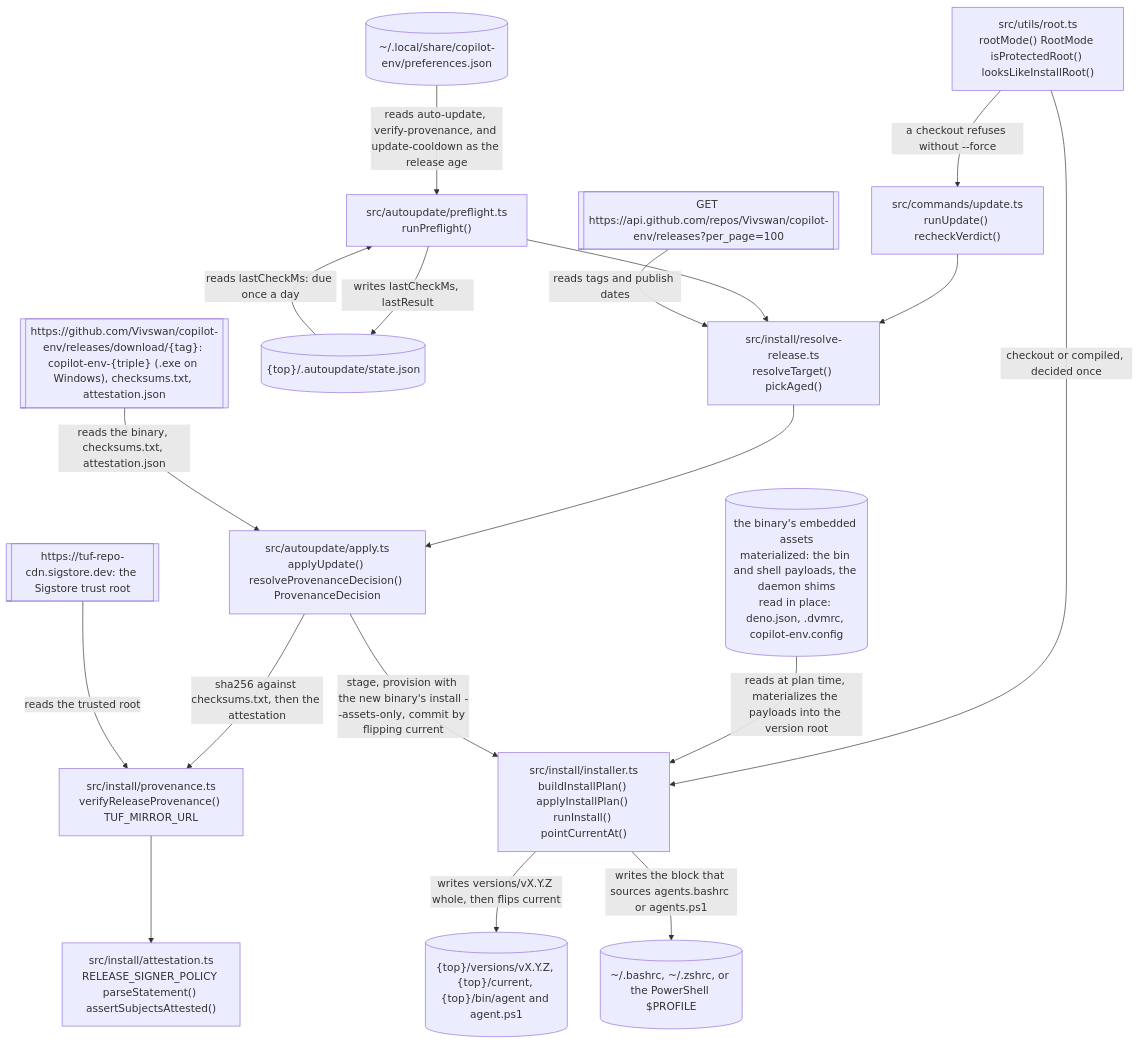
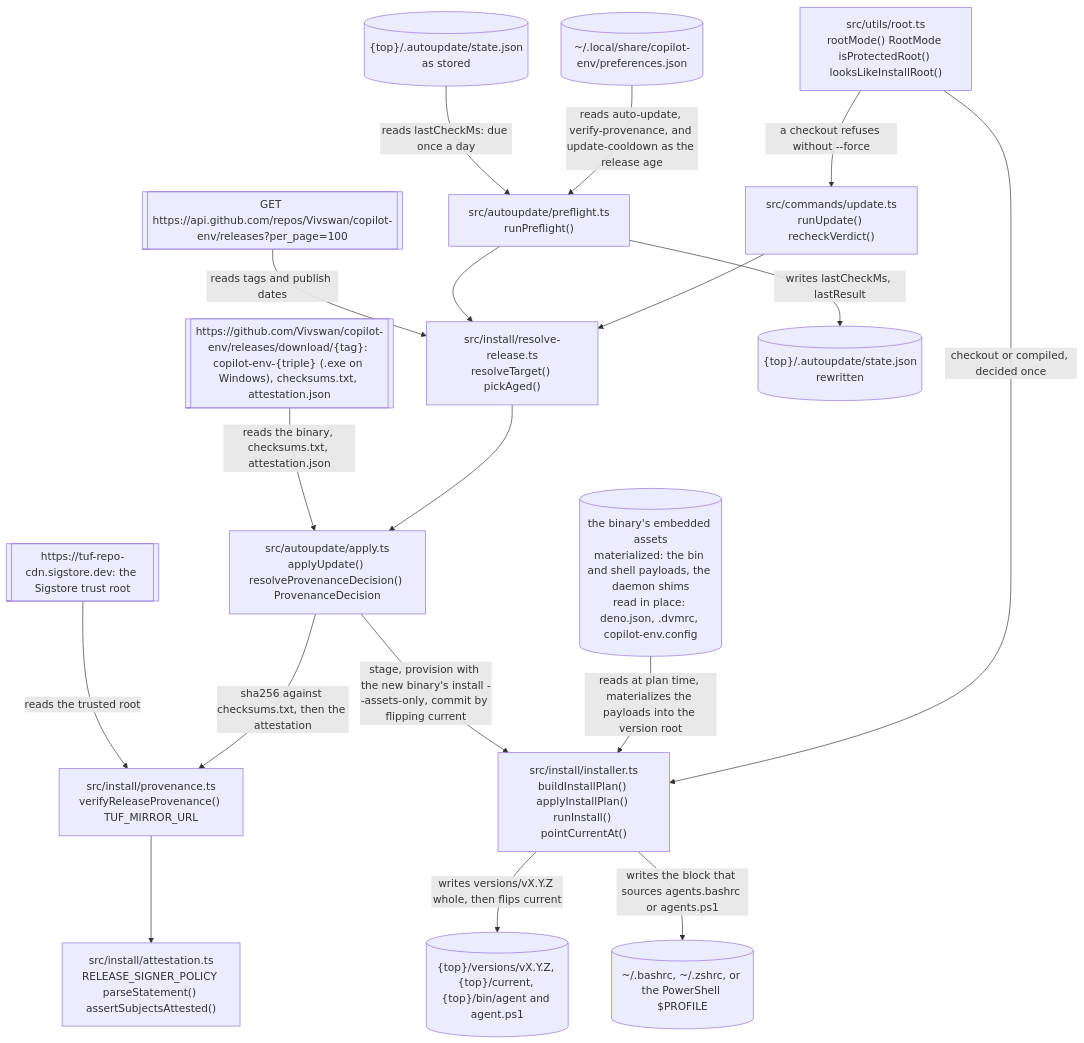
Before and after one commit to Vivswan/copilot-env: the sixth of 8 diagrams in docs/architecture.md, drawn with Mermaid. The commit also changed other lines of this file and 3 other files, not shown here.

Commit message:
docs: end the config and update diagrams at the file written, order the sidebar groups, split the long auth bullet

````diff
--- a/docs/architecture.md
+++ b/docs/architecture.md
@@ -186,36 +190,37 @@
 ```mermaid
 flowchart TD
   assets[("the binary's embedded assets<br>materialized: the bin and shell payloads, the daemon shims<br>read in place: deno.json, .dvmrc, copilot-env.config")]
   releases[["GET https://api.github.com/repos/Vivswan/copilot-env/releases?per_page=100"]]
   download[["https://github.com/Vivswan/copilot-env/releases/download/{tag}: copilot-env-{triple} (.exe on Windows), checksums.txt, attestation.json"]]
   tuf[["https://tuf-repo-cdn.sigstore.dev: the Sigstore trust root"]]
   prefs[("~/.local/share/copilot-env/preferences.json")]
-  autostate[("{top}/.autoupdate/state.json")]
+  autostatein[("{top}/.autoupdate/state.json<br>as stored")]
   root["src/utils/root.ts<br>rootMode() RootMode isProtectedRoot() looksLikeInstallRoot()"]
   install["src/install/installer.ts<br>buildInstallPlan() applyInstallPlan() runInstall() pointCurrentAt()"]
   update["src/commands/update.ts<br>runUpdate() recheckVerdict()"]
   preflight["src/autoupdate/preflight.ts<br>runPreflight()"]
   release["src/install/resolve-release.ts<br>resolveTarget() pickAged()"]
   apply["src/autoupdate/apply.ts<br>applyUpdate() resolveProvenanceDecision() ProvenanceDecision"]
   prov["src/install/provenance.ts<br>verifyReleaseProvenance() TUF_MIRROR_URL"]
   att["src/install/attestation.ts<br>RELEASE_SIGNER_POLICY parseStatement() assertSubjectsAttested()"]
   layout[("{top}/versions/vX.Y.Z, {top}/current, {top}/bin/agent and agent.ps1")]
   rcfile[("~/.bashrc, ~/.zshrc, or the PowerShell $PROFILE")]
+  autostateout[("{top}/.autoupdate/state.json<br>rewritten")]
   root -->|"checkout or compiled, decided once"| install
   root -->|"a checkout refuses without --force"| update
   assets -->|"reads at plan time, materializes the payloads into the version root"| install
   prefs -->|"reads auto-update, verify-provenance, and update-cooldown as the release age"| preflight
-  autostate -->|"reads lastCheckMs: due once a day"| preflight
+  autostatein -->|"reads lastCheckMs: due once a day"| preflight
   update --> release
   preflight --> release
   releases -->|"reads tags and publish dates"| release
   release --> apply
   download -->|"reads the binary, checksums.txt, attestation.json"| apply
   apply -->|"sha256 against checksums.txt, then the attestation"| prov
   tuf -->|"reads the trusted root"| prov
   prov --> att
   apply -->|"stage, provision with the new binary's install --assets-only, commit by flipping current"| install
   install -->|"writes versions/vX.Y.Z whole, then flips current"| layout
   install -->|"writes the block that sources agents.bashrc or agents.ps1"| rcfile
-  preflight -->|"writes lastCheckMs, lastResult"| autostate
+  preflight -->|"writes lastCheckMs, lastResult"| autostateout
 ```
````
